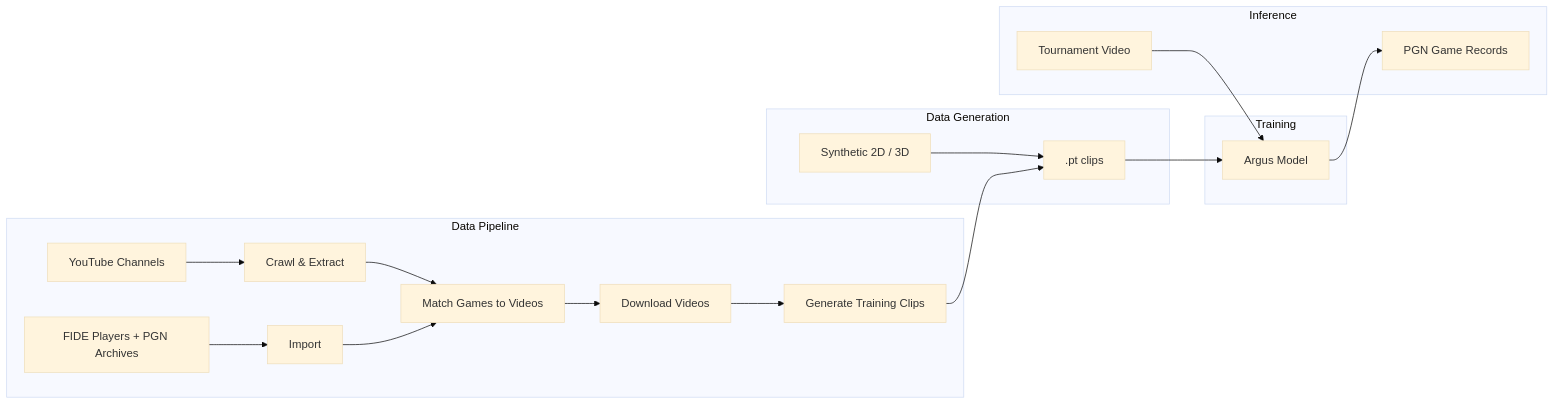
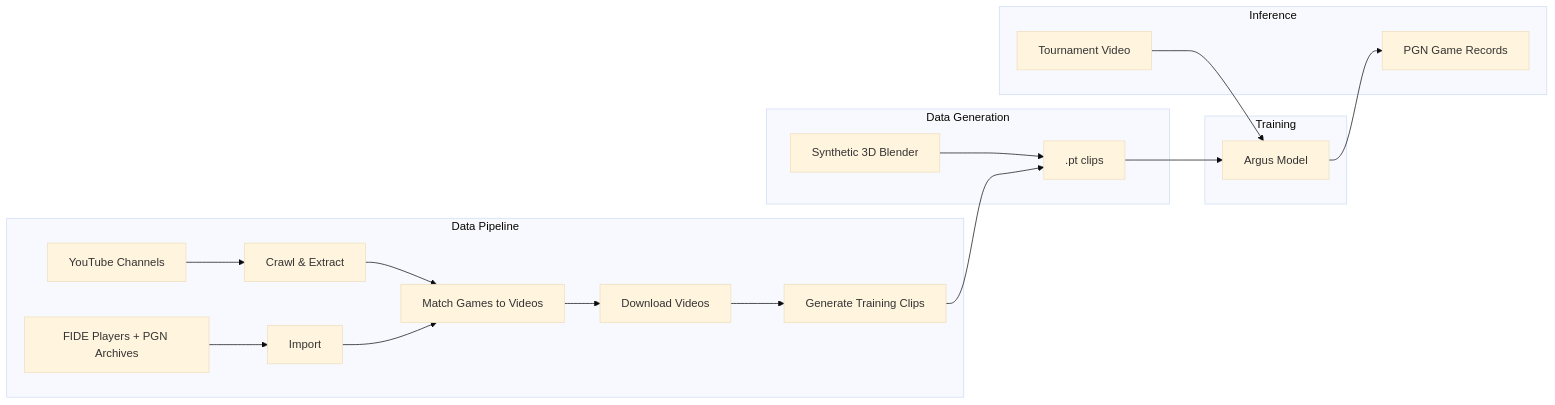
Before and after one commit to dscape/argus: the second of 9 diagrams in README.md, drawn with Mermaid (base theme). The commit also changed other lines of this file and 8 other files, not shown here.

First line of the commit message:
Consolidate synthetic data generation into unified Blender 3D pipeline

````diff
--- a/README.md
+++ b/README.md
@@ -55,25 +55,25 @@
 ```mermaid
 graph LR
     subgraph "Data Pipeline"
         A[YouTube Channels] --> B[Crawl & Extract]
         C[FIDE Players + PGN Archives] --> D[Import]
         B --> E[Match Games to Videos]
         D --> E
         E --> F[Download Videos]
         F --> G[Generate Training Clips]
     end
 
     subgraph "Data Generation"
-        SYN[Synthetic 2D / 3D] --> CLIPS[".pt clips"]
+        SYN[Synthetic 3D Blender] --> CLIPS[".pt clips"]
         G --> CLIPS
     end
 
     subgraph "Training"
         CLIPS --> MODEL[Argus Model]
     end
 
     subgraph "Inference"
         VID[Tournament Video] --> MODEL
         MODEL --> PGN[PGN Game Records]
     end
 ```
````
